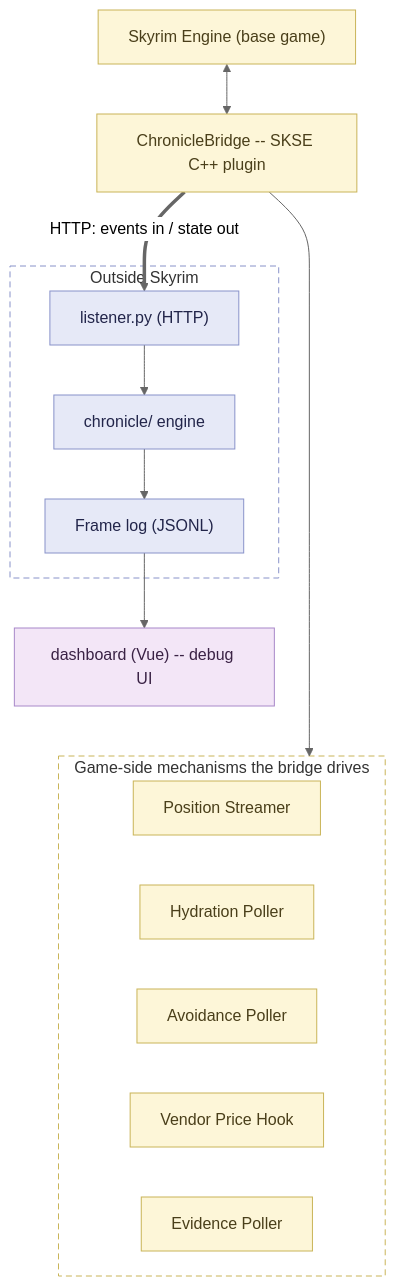
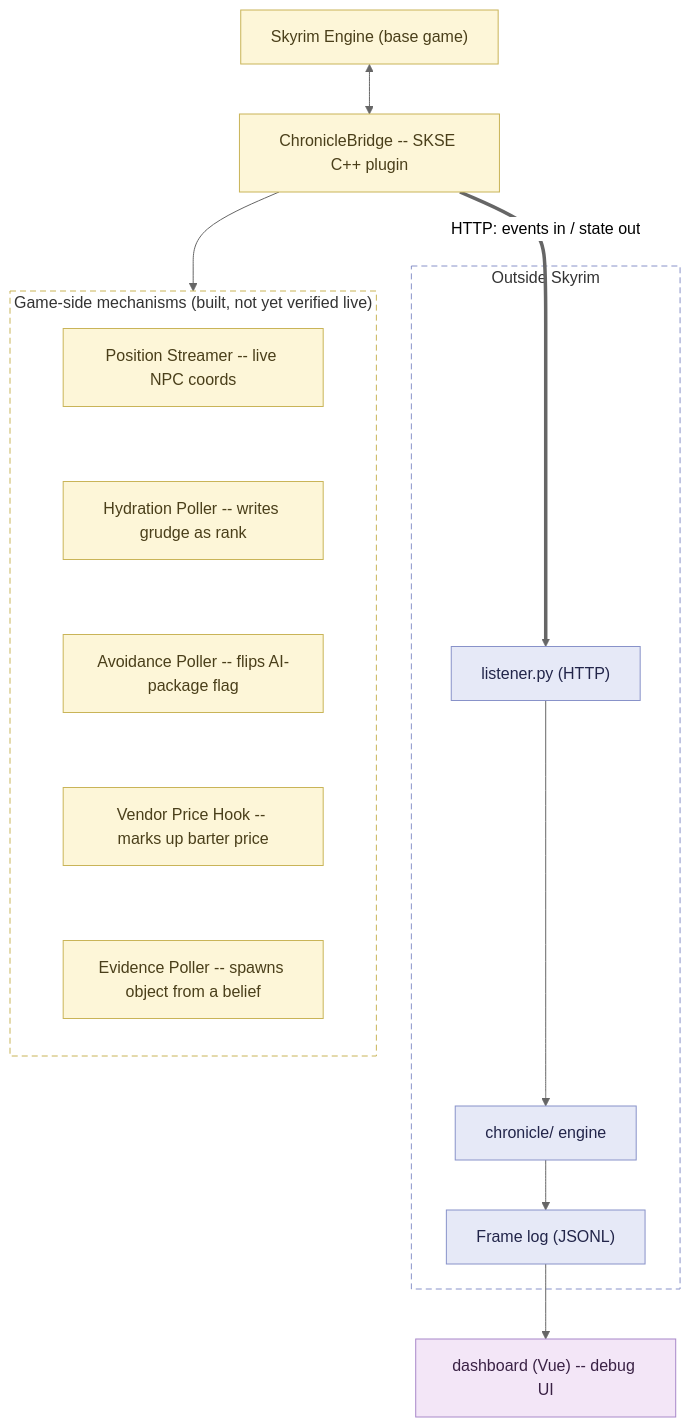
The first of 4 diagrams in README.md (ByteBard97/Chronicle), drawn with Mermaid (neutral theme) before and after one commit.

Commit message:
README: two-column architecture layout, describe each mechanism
- Arranged as two balanced columns (game-side mechanisms | Python
  service) instead of one long vertical strip, now that both sides
  are similar heights.
- Each mechanism box now says what it actually does for Chronicle
  (writes grudge as rank, flips AI-package flag, marks up barter
  price, spawns object from a belief) instead of just naming it.
- Subgraph title states their real status: built and Python-tested,
  not yet confirmed working against a live game (matches the
  Project status section below).
- Dropped the connecting arrows between the 5 mechanism boxes --
  they're independent, not a pipeline, so a chain of arrows was
  misleading; kept as an invisible link purely for vertical layout.

````diff
--- a/README.md
+++ b/README.md
@@ -33,26 +33,25 @@
 ```mermaid
 flowchart TB
     ENGINE["Skyrim Engine (base game)"] <--> BRIDGE["ChronicleBridge -- SKSE C++ plugin"]
     BRIDGE =="HTTP: events in / state out"==> LISTENER
+    BRIDGE --> POS
 
     subgraph PYTHON["Outside Skyrim"]
         LISTENER["listener.py (HTTP)"] --> CORE["chronicle/ engine"] --> LOG["Frame log (JSONL)"]
     end
     LOG --> DASH["dashboard (Vue) -- debug UI"]
 
-    DASH ~~~ POS
-    BRIDGE --> MECH
-
-    subgraph MECH["Game-side mechanisms the bridge drives"]
-        POS["Position Streamer"] ~~~ HYD["Hydration Poller"] ~~~ AVOID["Avoidance Poller"] ~~~ VEND["Vendor Price Hook"] ~~~ EVID["Evidence Poller"]
+    subgraph MECH["Game-side mechanisms (built, not yet verified live)"]
+        direction TB
+        POS["Position Streamer -- live NPC coords"] ~~~ HYD["Hydration Poller -- writes grudge as rank"] ~~~ AVOID["Avoidance Poller -- flips AI-package flag"] ~~~ VEND["Vendor Price Hook -- marks up barter price"] ~~~ EVID["Evidence Poller -- spawns object from a belief"]
     end
 
     classDef ingame fill:#fdf6d8,stroke:#c9b458,color:#4a3f1a;
     classDef host fill:#e6e9f7,stroke:#8892c9,color:#22254a;
     classDef debug fill:#f3e6f7,stroke:#a888c9,color:#3a2245;
     class ENGINE,BRIDGE,POS,HYD,AVOID,VEND,EVID ingame
     class LISTENER,CORE,LOG host
     class DASH debug
     style PYTHON stroke-dasharray: 6 4,fill:none,stroke:#8892c9
     style MECH stroke-dasharray: 6 4,fill:none,stroke:#c9b458
 ```
````
